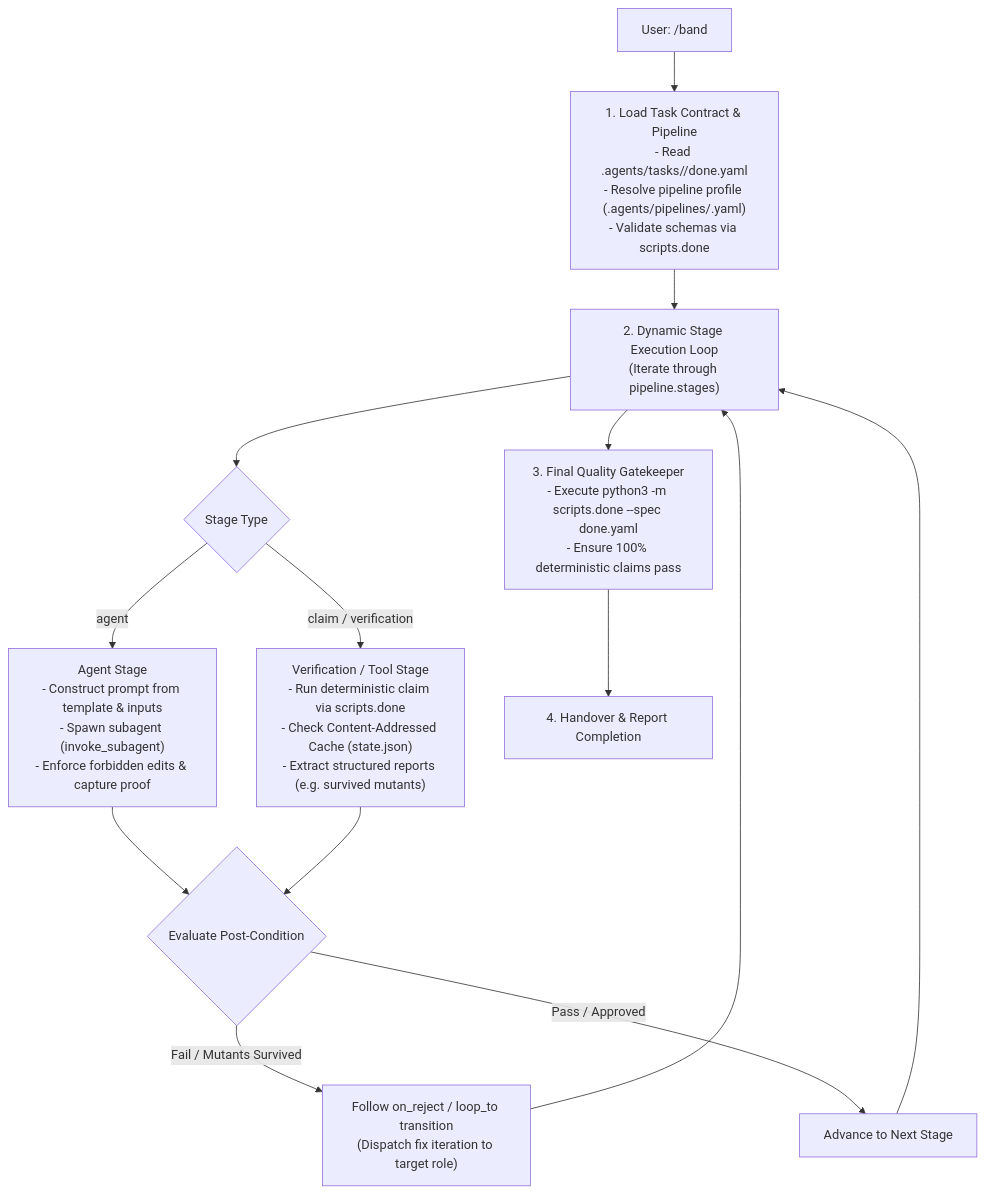
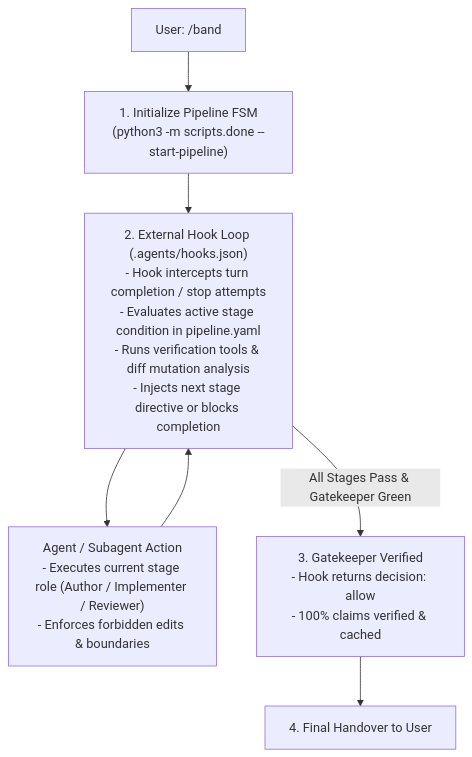
The diagram in .agents/skills/band/SKILL.md (jiva-studio/vidya), drawn with Mermaid before and after one commit. The commit also changed other lines of this file and 3 other files, not shown here.

Commit message:
feat(pipeline): add hook-driven PipelineRunner state machine and FSM lifecycle

````diff
--- a/.agents/skills/band/SKILL.md
+++ b/.agents/skills/band/SKILL.md
@@ -10,25 +10,14 @@
 ```mermaid
 flowchart TD
-    Trigger["User: /band"] --> LoadConfig["1. Load Task Contract & Pipeline\n- Read .agents/tasks/<slug>/done.yaml\n- Resolve pipeline profile (.agents/pipelines/<name>.yaml)\n- Validate schemas via scripts.done"]
+    Trigger["User: /band"] --> InitFSM["1. Initialize Pipeline FSM\n(python3 -m scripts.done --start-pipeline)"]
     
-    LoadConfig --> StageExec["2. Dynamic Stage Execution Loop\n(Iterate through pipeline.stages)"]
+    InitFSM --> HookLoop["2. External Hook Loop (.agents/hooks.json)\n- Hook intercepts turn completion / stop attempts\n- Evaluates active stage condition in pipeline.yaml\n- Runs verification tools & diff mutation analysis\n- Injects next stage directive or blocks completion"]
     
-    StageExec --> CheckStageType{"Stage Type"}
+    HookLoop --> StageAgent["Agent / Subagent Action\n- Executes current stage role (Author / Implementer / Reviewer)\n- Enforces forbidden edits & boundaries"]
     
-    CheckStageType -->|agent| SubagentStage["Agent Stage\n- Construct prompt from template & inputs\n- Spawn subagent (invoke_subagent)\n- Enforce forbidden edits & capture proof"]
+    StageAgent --> HookLoop
     
-    CheckStageType -->|claim / verification| ToolStage["Verification / Tool Stage\n- Run deterministic claim via scripts.done\n- Check Content-Addressed Cache (state.json)\n- Extract structured reports (e.g. survived mutants)"]
+    HookLoop -->|All Stages Pass & Gatekeeper Green| GatePass["3. Gatekeeper Verified\n- Hook returns decision: allow\n- 100% claims verified & cached"]
     
-    SubagentStage --> EvaluateTransition{"Evaluate Post-Condition"}
-    ToolStage --> EvaluateTransition
-    
-    EvaluateTransition -->|Fail / Mutants Survived| TransitionFail["Follow on_reject / loop_to transition\n(Dispatch fix iteration to target role)"]
-    TransitionFail --> StageExec
-    
-    EvaluateTransition -->|Pass / Approved| NextStage["Advance to Next Stage"]
-    NextStage --> StageExec
-    
-    StageExec --> Gatekeeper["3. Final Quality Gatekeeper\n- Execute python3 -m scripts.done --spec done.yaml\n- Ensure 100% deterministic claims pass"]
-    
-    Gatekeeper --> Done["4. Handover & Report Completion"]
+    GatePass --> Handover["4. Final Handover to User"]
 ```
````
